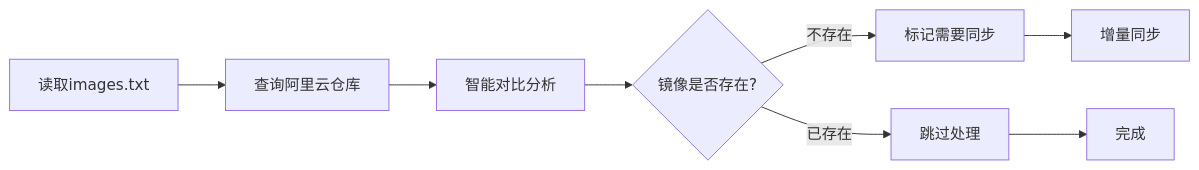
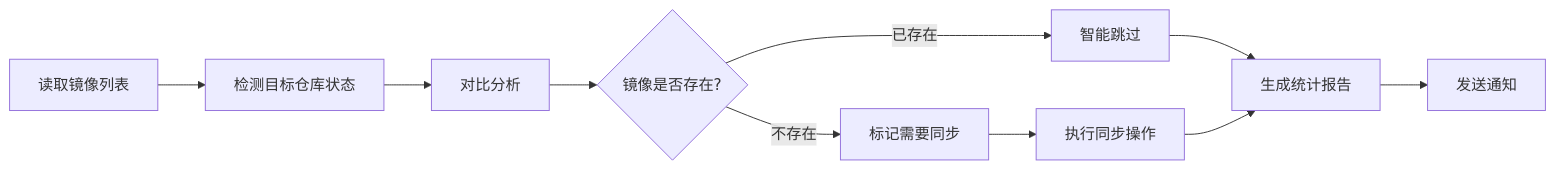
One commit to gqy20/docker_image_pusher changed the diagram in README.md. Above: the diagram before and after it, drawn with Mermaid. The commit also changed other lines of this file and 8 other files, not shown here.

````diff
--- a/README.md
+++ b/README.md
@@ -211,10 +219,12 @@
 ```mermaid
 graph LR
-    A[读取images.txt] --> B[查询阿里云仓库]
-    B --> C[智能对比分析]
+    A[读取镜像列表] --> B[检测目标仓库状态]
+    B --> C[对比分析]
     C --> D{镜像是否存在?}
     D -->|不存在| E[标记需要同步]
-    D -->|已存在| F[跳过处理]
-    E --> G[增量同步]
-    F --> H[完成]
+    D -->|已存在| F[智能跳过]
+    E --> G[执行同步操作]
+    F --> H[生成统计报告]
+    G --> H
+    H --> I[发送通知]
 ```
````
